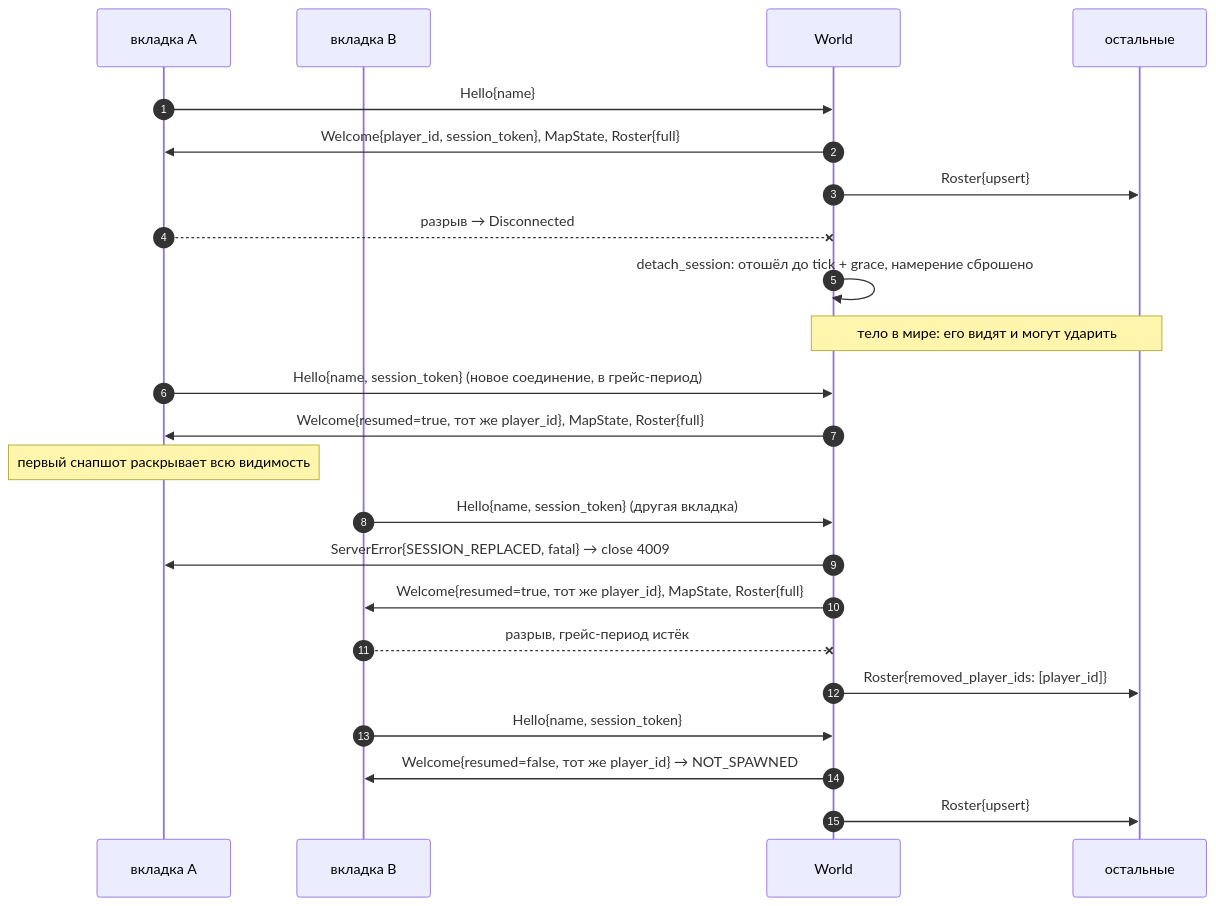
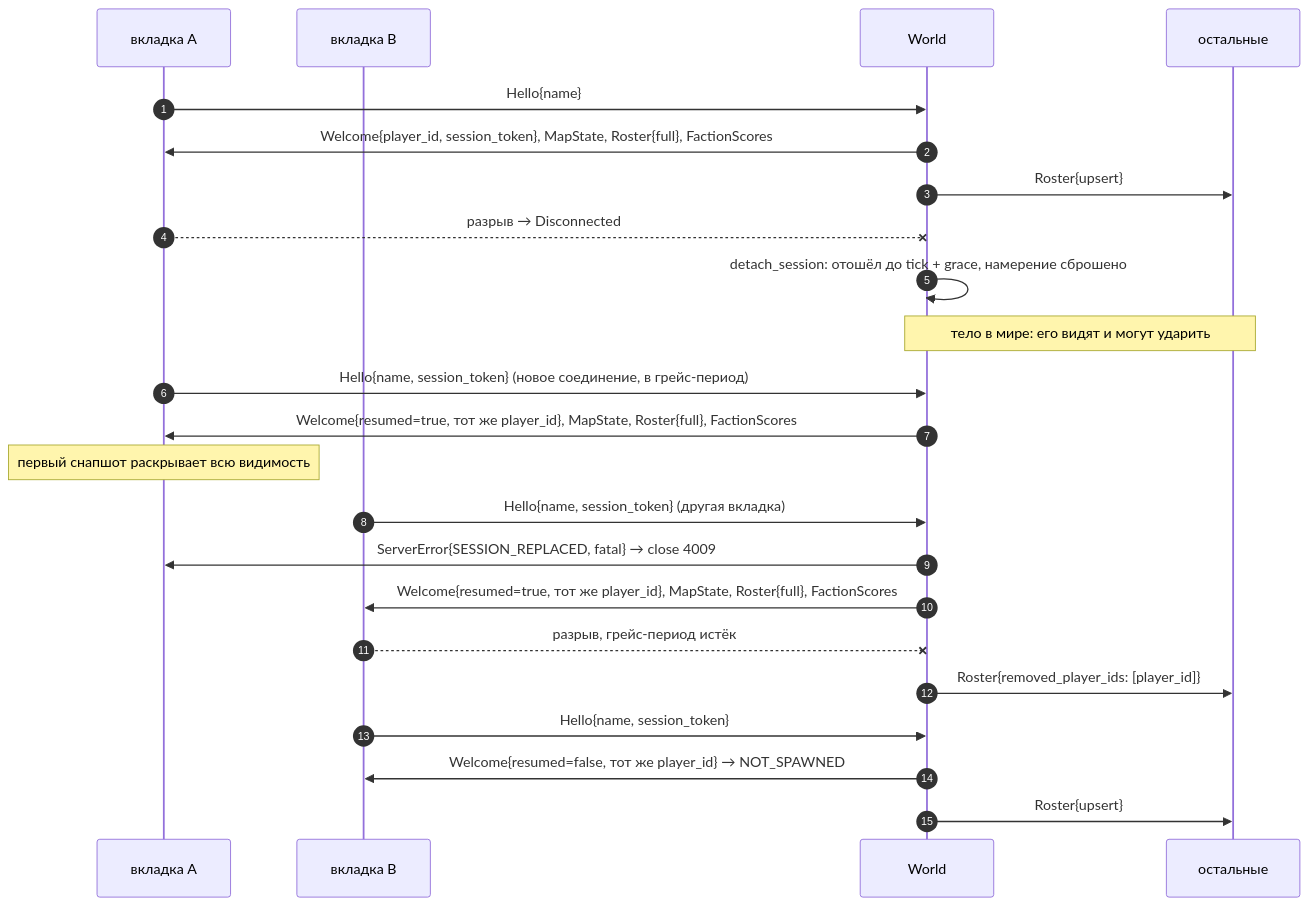
Before and after one commit to litcxx/Game: the fourth of 10 diagrams in server/docs/sequence-diagram.md, drawn with Mermaid. The commit also changed other lines of this file and 33 other files, not shown here.

First line of the commit message:
Faction scores from the server; the HUD and the picker show the real count (LTC-20)

````diff
--- a/server/docs/sequence-diagram.md
+++ b/server/docs/sequence-diagram.md
@@ -141,26 +141,26 @@
 ```mermaid
 sequenceDiagram
     autonumber
     participant A as вкладка A
     participant B as вкладка B
     participant world as World
     participant others as остальные
 
     A->>world: Hello{name}
-    world->>A: Welcome{player_id, session_token}, MapState, Roster{full}
+    world->>A: Welcome{player_id, session_token}, MapState, Roster{full}, FactionScores
     world->>others: Roster{upsert}
     A--xworld: разрыв → Disconnected
     world->>world: detach_session: отошёл до tick + grace, намерение сброшено
     Note over world,others: тело в мире: его видят и могут ударить
     A->>world: Hello{name, session_token} (новое соединение, в грейс-период)
-    world->>A: Welcome{resumed=true, тот же player_id}, MapState, Roster{full}
+    world->>A: Welcome{resumed=true, тот же player_id}, MapState, Roster{full}, FactionScores
     Note over A: первый снапшот раскрывает всю видимость
     B->>world: Hello{name, session_token} (другая вкладка)
     world->>A: ServerError{SESSION_REPLACED, fatal} → close 4009
-    world->>B: Welcome{resumed=true, тот же player_id}, MapState, Roster{full}
+    world->>B: Welcome{resumed=true, тот же player_id}, MapState, Roster{full}, FactionScores
     B--xworld: разрыв, грейс-период истёк
     world->>others: Roster{removed_player_ids: [player_id]}
     B->>world: Hello{name, session_token}
     world->>B: Welcome{resumed=false, тот же player_id} → NOT_SPAWNED
     world->>others: Roster{upsert}
 ```
````
